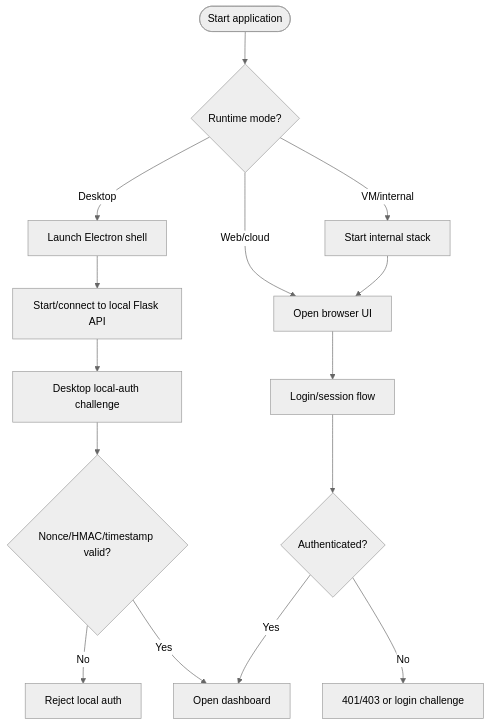
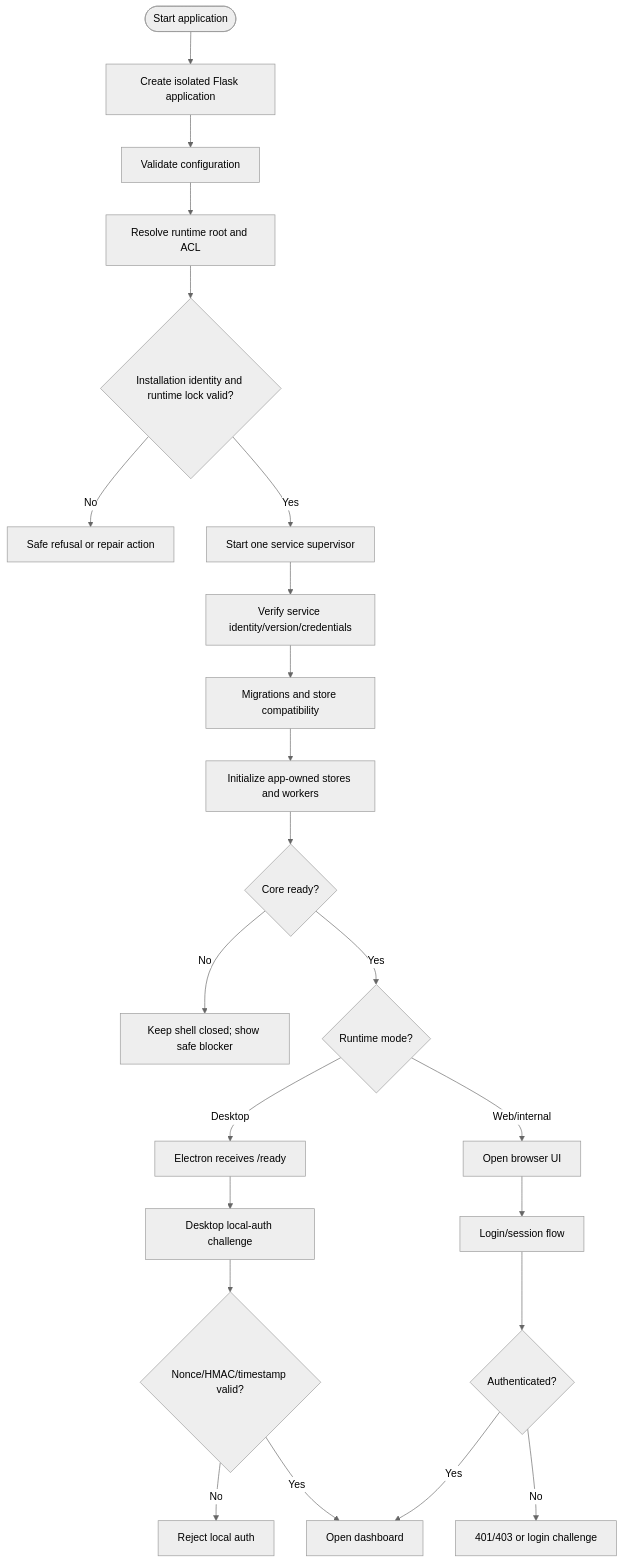
Before and after one commit to kherrera6219/DataLogicEngine: the first of 10 diagrams in docs/PROCESS_MAP.md, drawn with Mermaid (neutral theme). The commit also changed other lines of this file and 81 other files, not shown here.

````diff
--- a/docs/PROCESS_MAP.md
+++ b/docs/PROCESS_MAP.md
@@ -25,19 +25,27 @@
 ```mermaid
 flowchart TD
-    START([Start application]) --> MODE{Runtime mode?}
-    MODE -- Desktop --> ELECTRON[Launch Electron shell]
-    ELECTRON --> LOOPBACK[Start/connect to local Flask API]
-    LOOPBACK --> DAUTH[Desktop local-auth challenge]
+    START([Start application]) --> FACTORY[Create isolated Flask application]
+    FACTORY --> CONFIG[Validate configuration]
+    CONFIG --> PATHS[Resolve runtime root and ACL]
+    PATHS --> LOCK{Installation identity and runtime lock valid?}
+    LOCK -- No --> REFUSE[Safe refusal or repair action]
+    LOCK -- Yes --> SUP[Start one service supervisor]
+    SUP --> VERIFY[Verify service identity/version/credentials]
+    VERIFY --> MIGRATE[Migrations and store compatibility]
+    MIGRATE --> STORES[Initialize app-owned stores and workers]
+    STORES --> READY{Core ready?}
+    READY -- No --> DEGRADED[Keep shell closed; show safe blocker]
+    READY -- Yes --> MODE{Runtime mode?}
+
+    MODE -- Desktop --> ELECTRON[Electron receives /ready]
+    ELECTRON --> DAUTH[Desktop local-auth challenge]
     DAUTH --> DOK{Nonce/HMAC/timestamp valid?}
     DOK -- No --> DENY[Reject local auth]
     DOK -- Yes --> DASH[Open dashboard]
 
-    MODE -- Web/cloud --> WEB[Open browser UI]
+    MODE -- Web/internal --> WEB[Open browser UI]
     WEB --> LOGIN[Login/session flow]
     LOGIN --> AUTHOK{Authenticated?}
     AUTHOK -- No --> DENYWEB[401/403 or login challenge]
     AUTHOK -- Yes --> DASH
-
-    MODE -- VM/internal --> VM[Start internal stack]
-    VM --> WEB
 ```
````
